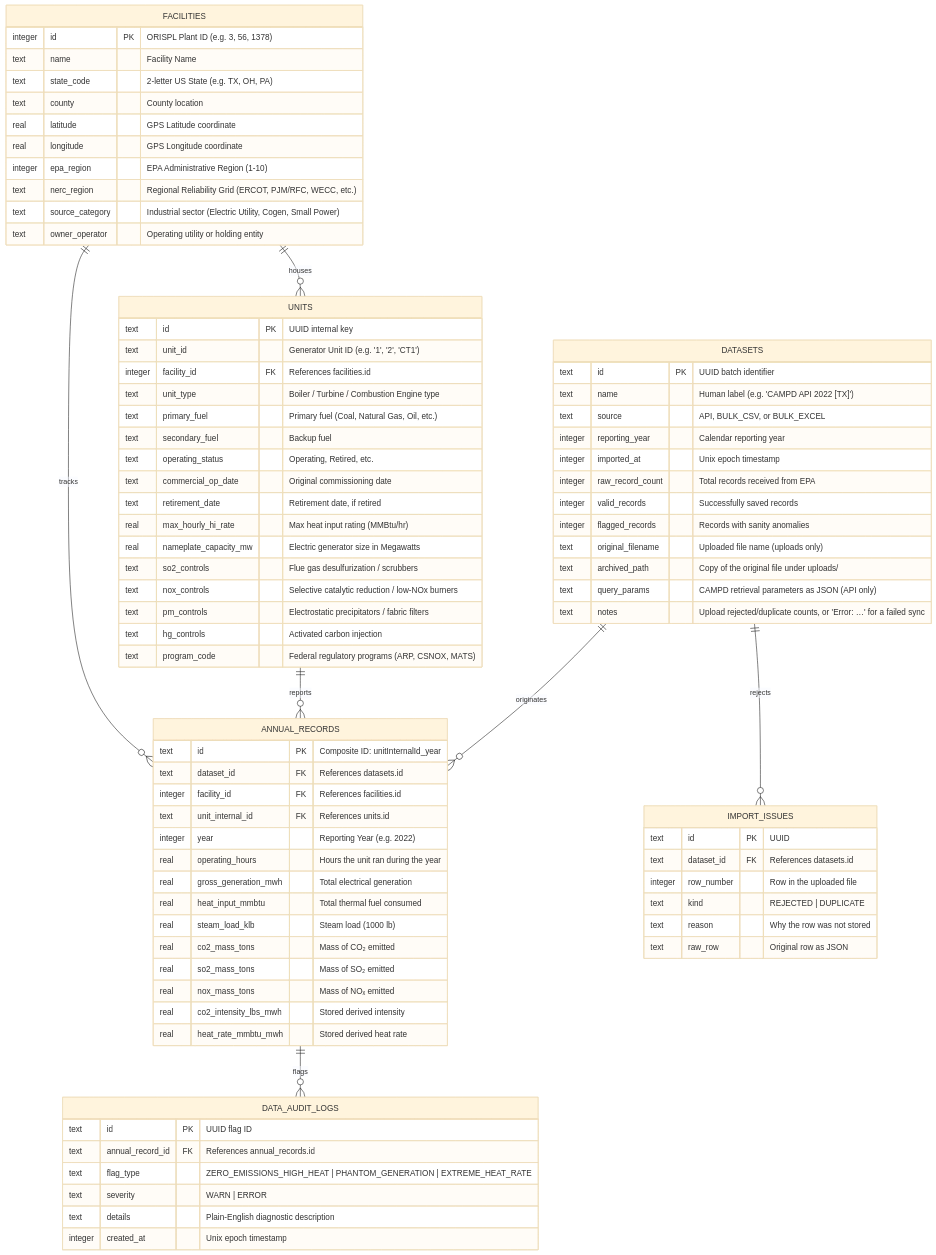
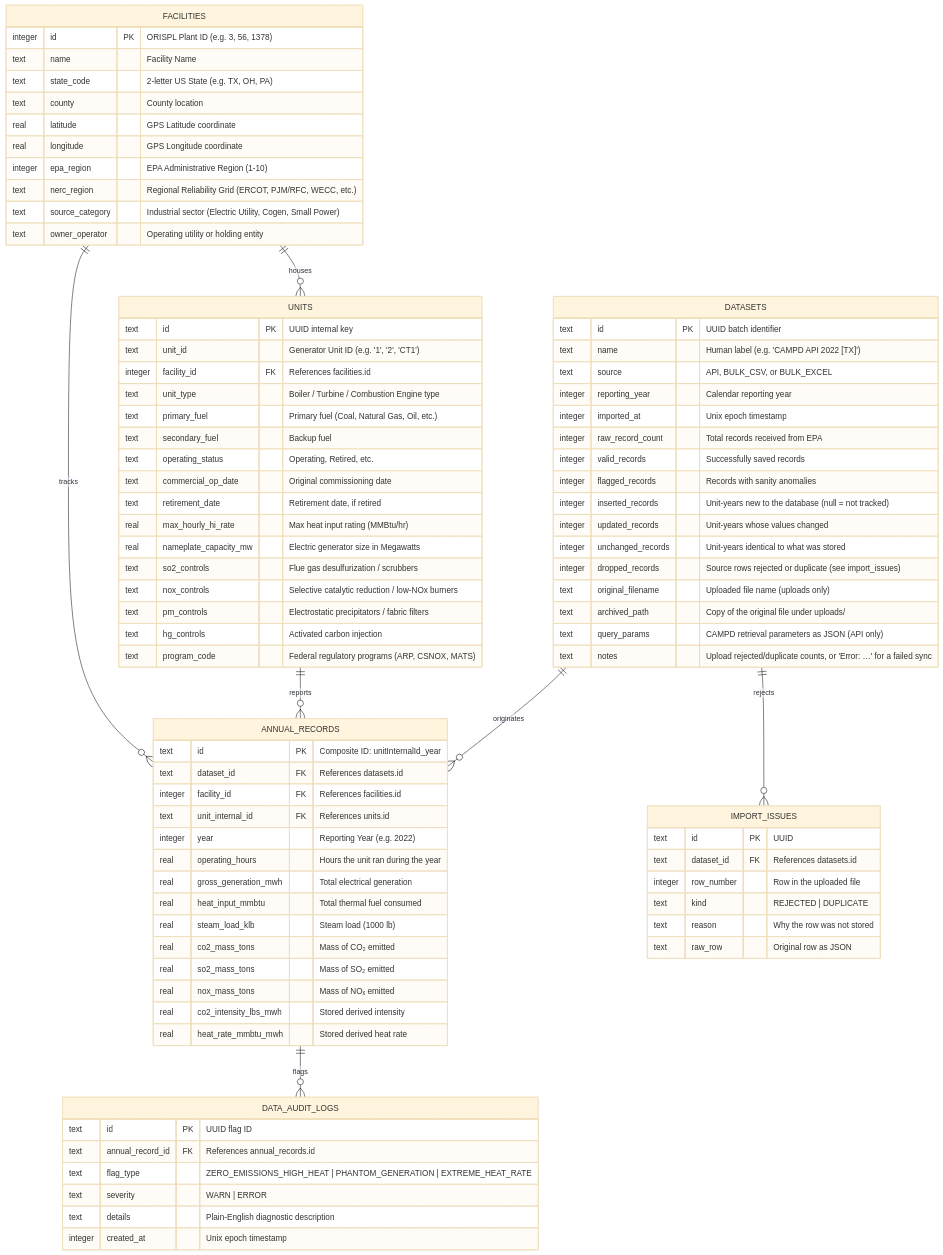
One commit to raajbanga/cs396-project changed the second of 4 diagrams in DATABASE_BREAKDOWN.md. Above: the diagram before and after it, drawn with Mermaid (base theme). The commit also changed other lines of this file and 41 other files, not shown here.

```diff
--- a/DATABASE_BREAKDOWN.md
+++ b/DATABASE_BREAKDOWN.md
@@ -125,6 +125,10 @@
         integer raw_record_count "Total records received from EPA"
         integer valid_records "Successfully saved records"
         integer flagged_records "Records with sanity anomalies"
+        integer inserted_records "Unit-years new to the database (null = not tracked)"
+        integer updated_records "Unit-years whose values changed"
+        integer unchanged_records "Unit-years identical to what was stored"
+        integer dropped_records "Source rows rejected or duplicate (see import_issues)"
         text original_filename "Uploaded file name (uploads only)"
         text archived_path "Copy of the original file under uploads/"
         text query_params "CAMPD retrieval parameters as JSON (API only)"
```
